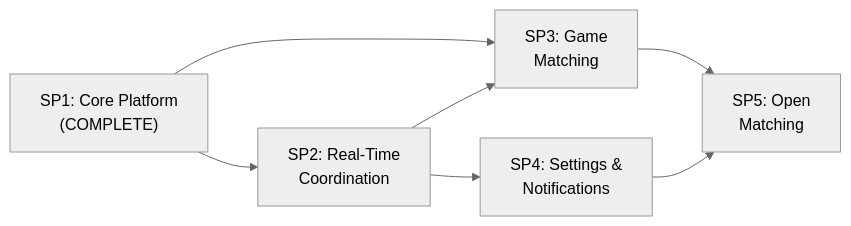
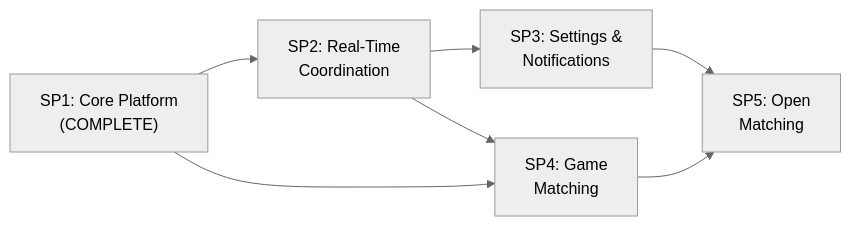
One commit to Kounex/ingame changed the diagram in docs/specs/roadmap.md. Above: the diagram before and after it, drawn with Mermaid (neutral theme). The commit also changed other lines of this file and 62 other files, not shown here.

````diff
--- a/docs/specs/roadmap.md
+++ b/docs/specs/roadmap.md
@@ -38,9 +38,9 @@
 ```mermaid
 graph LR
     SP1["SP1: Core Platform\n(COMPLETE)"] --> SP2["SP2: Real-Time\nCoordination"]
-    SP1 --> SP3["SP3: Game\nMatching"]
-    SP2 --> SP3
-    SP2 --> SP4["SP4: Settings &\nNotifications"]
+    SP2 --> SP3["SP3: Settings &\nNotifications"]
+    SP1 --> SP4["SP4: Game\nMatching"]
+    SP2 --> SP4
     SP3 --> SP5["SP5: Open\nMatching"]
     SP4 --> SP5
 ```
````
